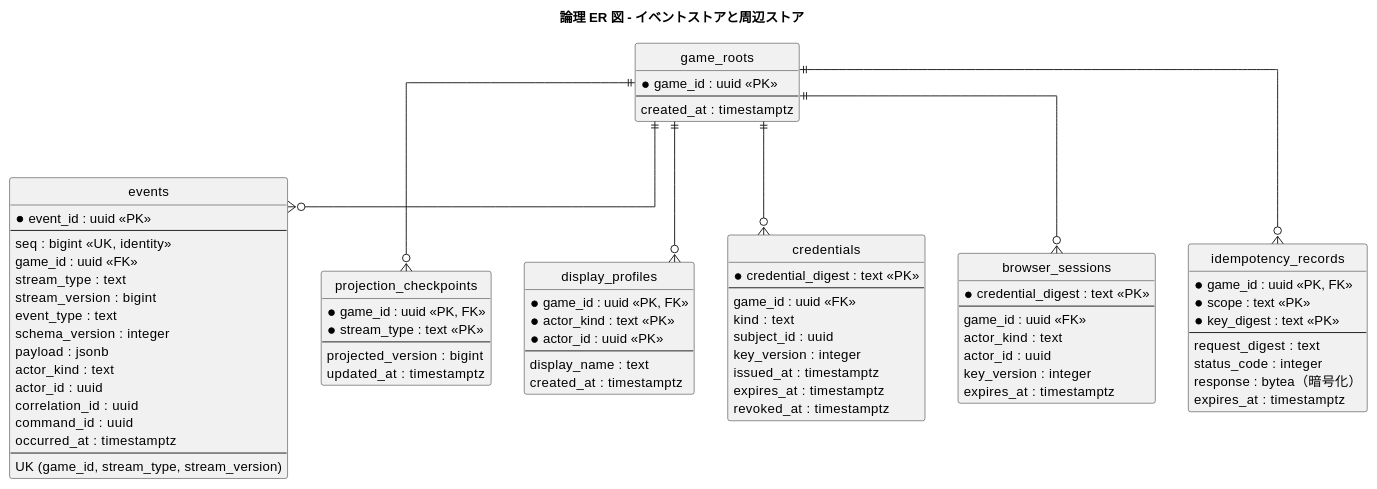
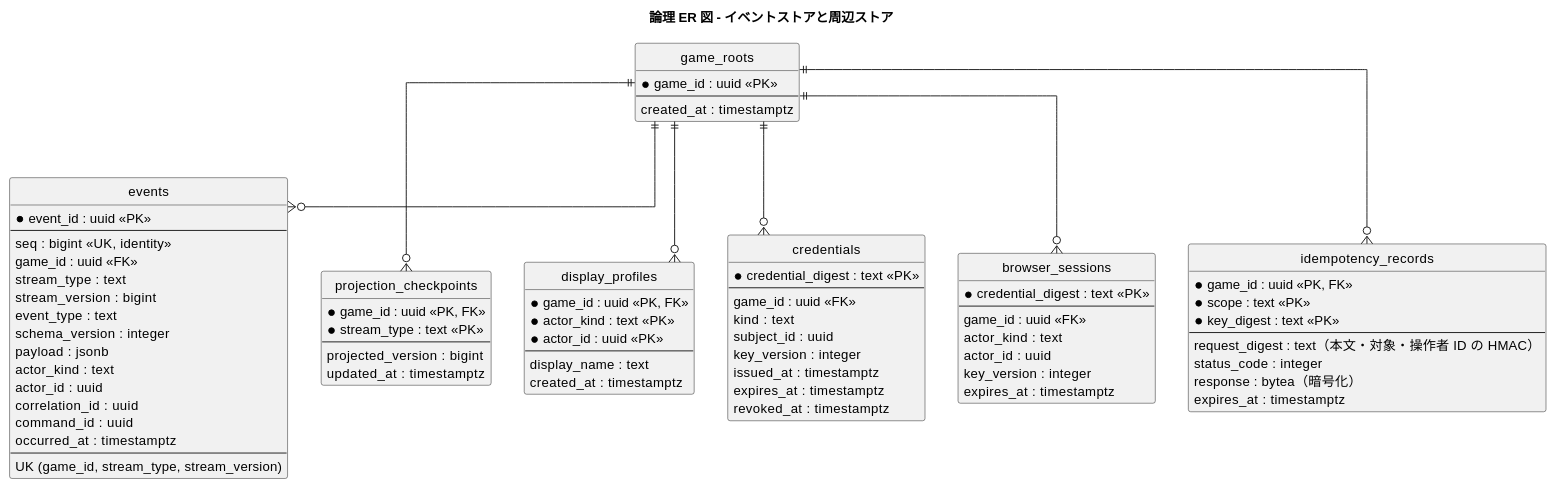
Before and after one commit to k2works/case-study-beer-game-simulation: the second of 5 diagrams in docs/design/beer-game-kotlin/data-model.md, drawn with PlantUML. The commit also changed other lines of this file and 8 other files, not shown here.

```diff
--- a/docs/design/beer-game-kotlin/data-model.md
+++ b/docs/design/beer-game-kotlin/data-model.md
@@ -172,7 +172,7 @@
   * scope : text <<PK>>
   * key_digest : text <<PK>>
   --
-  request_digest : text
+  request_digest : text（本文・対象・操作者 ID の HMAC）
   status_code : integer
   response : bytea（暗号化）
   expires_at : timestamptz
```
